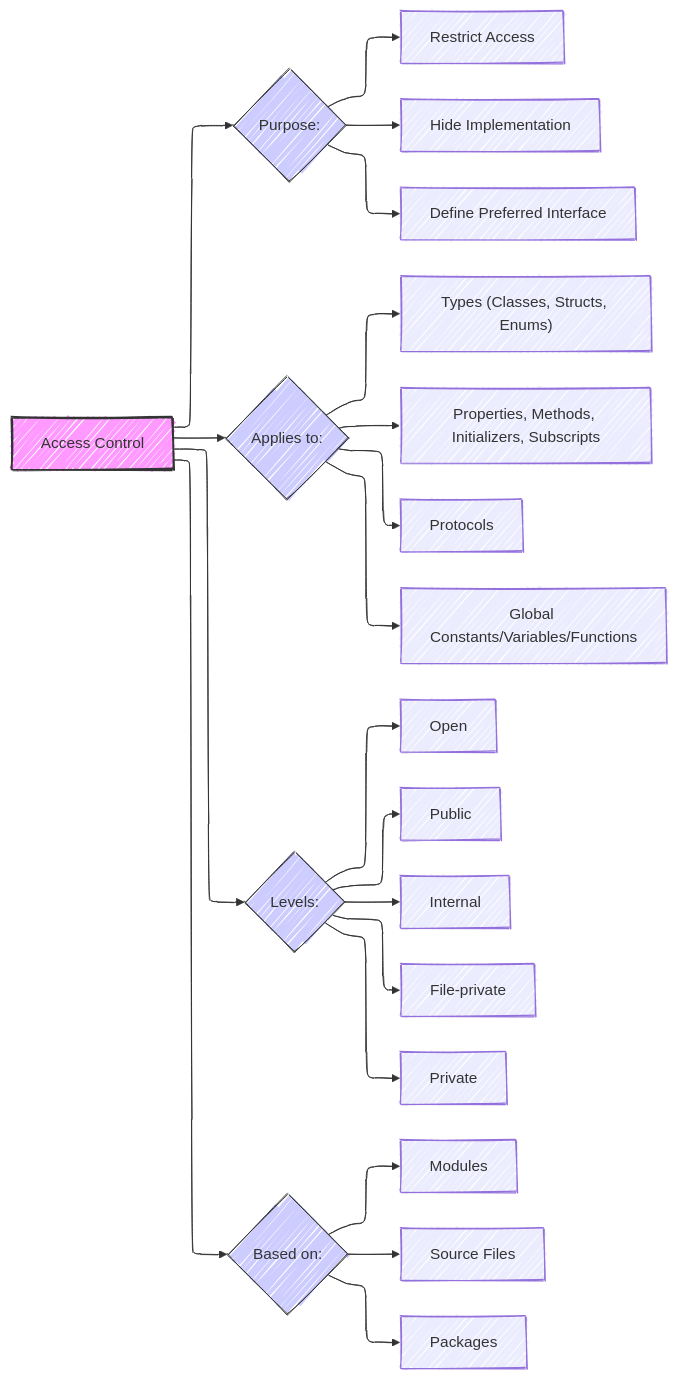
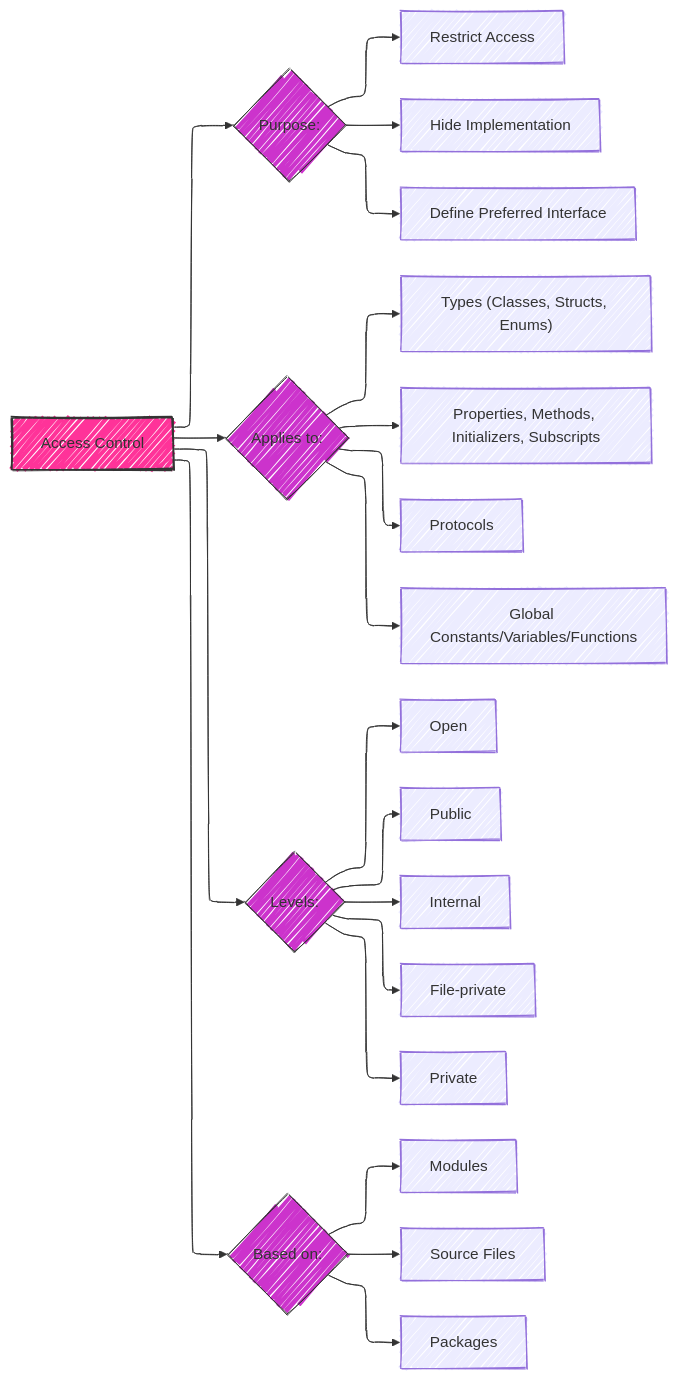
The first of 22 diagrams in SWIFT_BOOK/LANGUAGE_GUIDE/Access_Control/Access_Control.md (CongLeSolutionX/iOS-development-vault), drawn with Mermaid before and after one commit. The commit also changed 5 other files, not shown here.

````diff
--- a/SWIFT_BOOK/LANGUAGE_GUIDE/Access_Control/Access_Control.md
+++ b/SWIFT_BOOK/LANGUAGE_GUIDE/Access_Control/Access_Control.md
@@ -20,34 +20,34 @@
 ```mermaid
 ---
 config:
   layout: elk
   look: handDrawn
   theme: default
 ---
 graph LR
     A[Access Control] --> B{Purpose:};
     B --> C[Restrict Access];
     B --> D[Hide Implementation];
     B --> E[Define Preferred Interface];
     A --> F{Applies to:};
     F --> G["Types (Classes, Structs, Enums)"];
     F --> H[Properties, Methods, Initializers, Subscripts];
     F --> I[Protocols];
     F --> J["Global Constants/Variables/Functions"];
     A --> K{Levels:};
     K -->L[Open];
     K -->M[Public];
     K -->N[Internal];
     K -->O[File-private];
     K -->P[Private];
     A -->Q{Based on:};
     Q --> R[Modules];
     Q --> S[Source Files];
     Q --> T[Packages];
     
-    style A fill:#f9f,stroke:#333,stroke-width:2px
-    style B fill:#ccf,stroke:#333,stroke-width:1px
-    style F fill:#ccf,stroke:#333,stroke-width:1px
-    style K fill:#ccf,stroke:#333,stroke-width:1px
-    style Q fill:#ccf,stroke:#333,stroke-width:1px
+    style A fill:#f39f,stroke:#333,stroke-width:2px
+    style B fill:#c3cf,stroke:#333,stroke-width:1px
+    style F fill:#c3cf,stroke:#333,stroke-width:1px
+    style K fill:#c3cf,stroke:#333,stroke-width:1px
+    style Q fill:#c3cf,stroke:#333,stroke-width:1px
 ```
````
